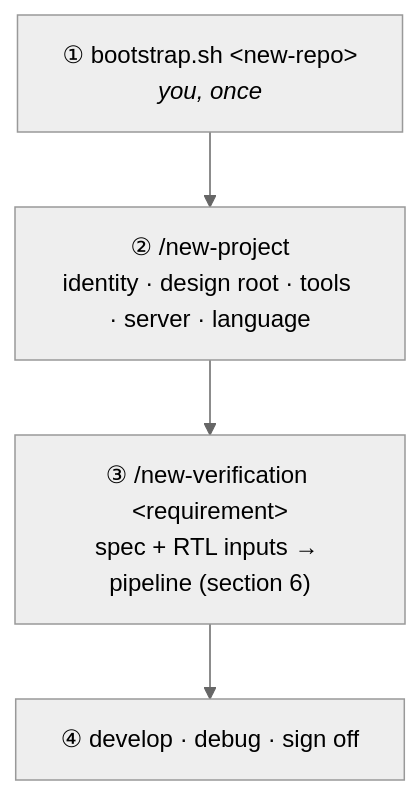
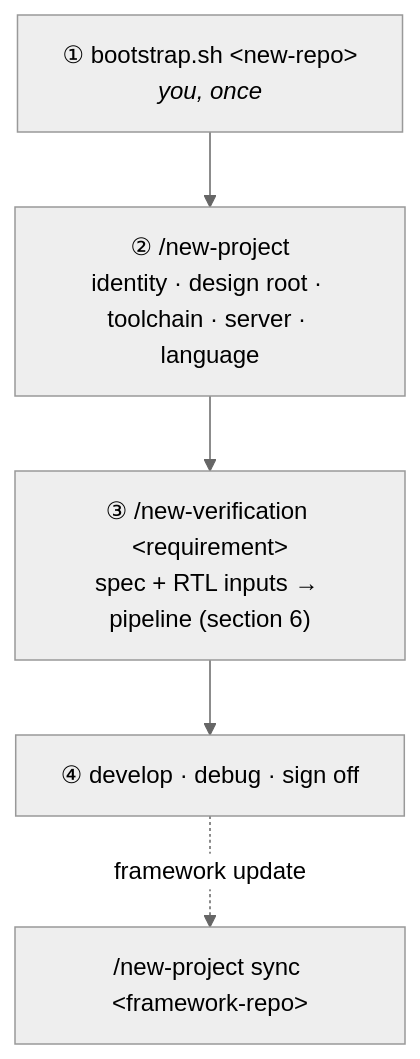
The second of 5 diagrams in verify/README.md (lingwang97/multi-agents-verify-flow), drawn with Mermaid (neutral theme) before and after one commit. The commit also changed other lines of this file, not shown here.

First line of the commit message:
README: quick start updated to the current flow

````diff
--- a/verify/README.md
+++ b/verify/README.md
@@ -46,6 +53,7 @@
 ```mermaid
 flowchart TD
-  A["① bootstrap.sh &lt;new-repo&gt;<br/><i>you, once</i>"] --> B["② /new-project<br/>identity · design root · tools · server · language"]
+  A["① bootstrap.sh &lt;new-repo&gt;<br/><i>you, once</i>"] --> B["② /new-project<br/>identity · design root · toolchain · server · language"]
   B --> C["③ /new-verification &lt;requirement&gt;<br/>spec + RTL inputs → pipeline (section 6)"]
   C --> D["④ develop · debug · sign off"]
+  D -. "framework update" .-> E["/new-project sync &lt;framework-repo&gt;"]
 ```
````
